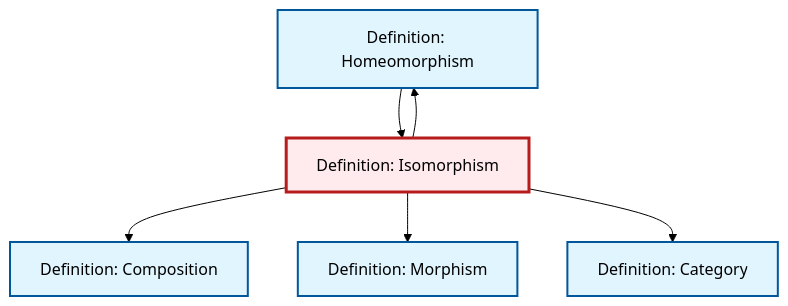
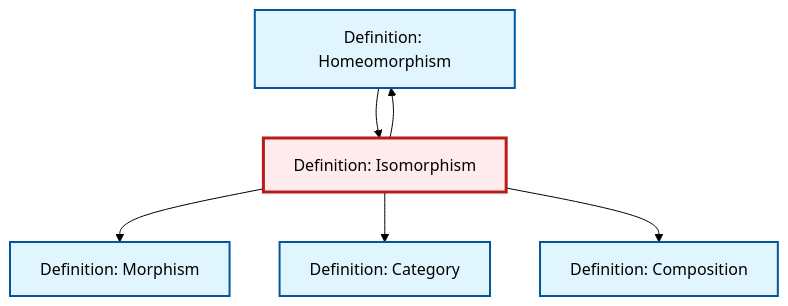
One commit to RK0429/ModernMath changed the diagram in content/ja/category-theory/def-isomorphism.qmd. Above: the diagram before and after it, drawn with Mermaid (forest theme). The commit also changed other lines of this file and 531 other files, not shown here.

````diff
--- a/content/ja/category-theory/def-isomorphism.qmd
+++ b/content/ja/category-theory/def-isomorphism.qmd
@@ -84,24 +84,24 @@
 ```{mermaid}
 %%| fig-cap: "Local dependency graph"
 graph TD
     classDef definition fill:#e1f5fe,stroke:#01579b,stroke-width:2px
     classDef theorem fill:#f3e5f5,stroke:#4a148c,stroke-width:2px
     classDef axiom fill:#fff3e0,stroke:#e65100,stroke-width:2px
     classDef example fill:#e8f5e9,stroke:#1b5e20,stroke-width:2px
     classDef current fill:#ffebee,stroke:#b71c1c,stroke-width:3px
-    def-morphism["Definition: Morphism"]:::definition
     def-homeomorphism["Definition: Homeomorphism"]:::definition
     def-category["Definition: Category"]:::definition
     def-composition["Definition: Composition"]:::definition
+    def-morphism["Definition: Morphism"]:::definition
     def-isomorphism["Definition: Isomorphism"]:::definition
+    def-isomorphism --> def-morphism
+    def-isomorphism --> def-category
+    def-homeomorphism --> def-isomorphism
     def-isomorphism --> def-composition
     def-isomorphism --> def-homeomorphism
-    def-homeomorphism --> def-isomorphism
-    def-isomorphism --> def-morphism
-    def-isomorphism --> def-category
     class def-isomorphism current
-    click def-morphism "def-morphism.html" "Definition: Morphismへ"
     click def-homeomorphism "def-homeomorphism.html" "Definition: Homeomorphismへ"
     click def-category "def-category.html" "Definition: Categoryへ"
     click def-composition "def-composition.html" "Definition: Compositionへ"
+    click def-morphism "def-morphism.html" "Definition: Morphismへ"
 ```
````
